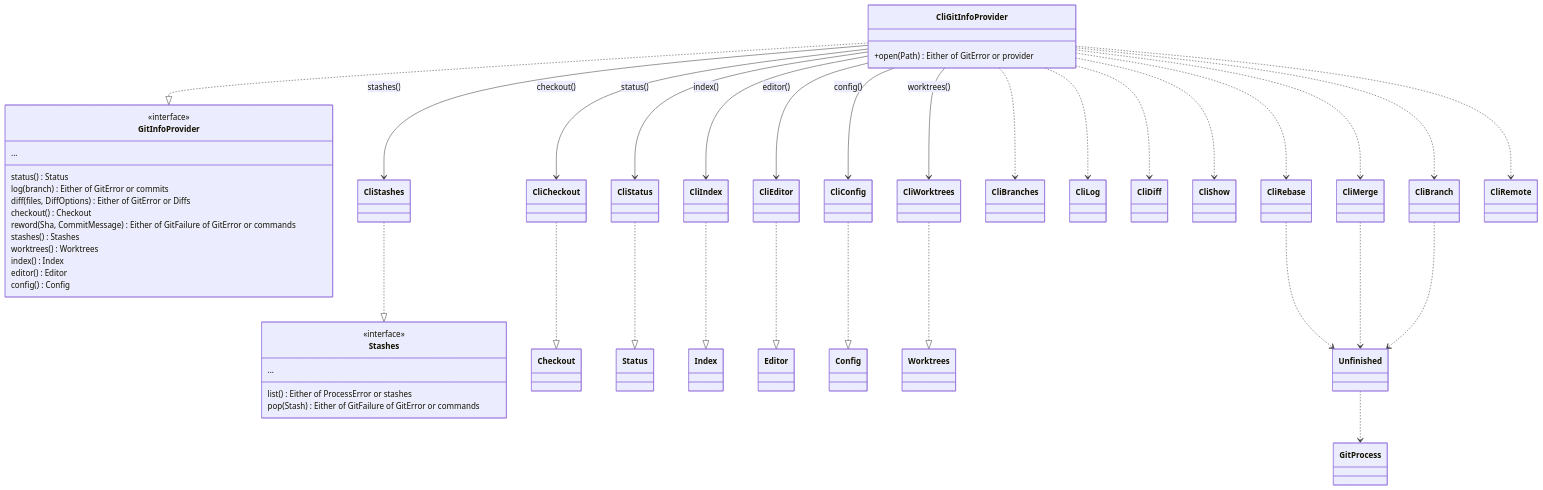
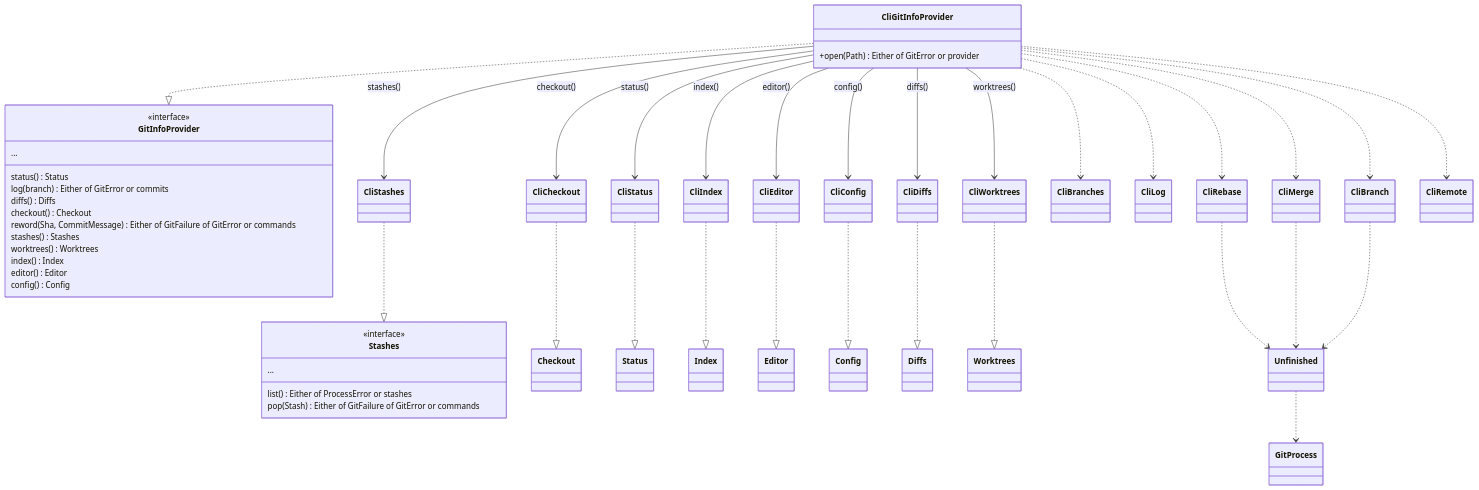
The fourth of 7 diagrams in ARCHITECTURE.md (cvanfleteren/jazygit), drawn with Mermaid before and after one commit. The commit also changed other lines of this file and 20 other files, not shown here.

First line of the commit message:
The diffs are a role of their own: Diffs, CliDiffs, StubDiffs (#294, 1a, 7/13)

````diff
--- a/ARCHITECTURE.md
+++ b/ARCHITECTURE.md
@@ -832,53 +832,53 @@
 ```mermaid
 classDiagram
     class GitInfoProvider {
         <<interface>>
         status() Status
         log(branch) Either of GitError or commits
-        diff(files, DiffOptions) Either of GitError or Diffs
+        diffs() Diffs
         checkout() Checkout
         reword(Sha, CommitMessage) Either of GitFailure of GitError or commands
         stashes() Stashes
         worktrees() Worktrees
         index() Index
         editor() Editor
         config() Config
         ...
     }
     class CliGitInfoProvider {
         +open(Path) Either of GitError or provider
     }
     class Stashes {
         <<interface>>
         list() Either of ProcessError or stashes
         pop(Stash) Either of GitFailure of GitError or commands
         ...
     }
     CliGitInfoProvider ..|> GitInfoProvider
     CliStashes ..|> Stashes
     CliCheckout ..|> Checkout
     CliStatus ..|> Status
     CliIndex ..|> Index
     CliEditor ..|> Editor
     CliConfig ..|> Config
+    CliDiffs ..|> Diffs
     CliGitInfoProvider --> CliEditor : editor()
     CliGitInfoProvider --> CliConfig : config()
     CliWorktrees ..|> Worktrees
     CliGitInfoProvider --> CliWorktrees : worktrees()
     CliGitInfoProvider --> CliStatus : status()
     CliGitInfoProvider ..> CliBranches
     CliGitInfoProvider ..> CliLog
-    CliGitInfoProvider ..> CliDiff
-    CliGitInfoProvider ..> CliShow
+    CliGitInfoProvider --> CliDiffs : diffs()
     CliGitInfoProvider --> CliCheckout : checkout()
     CliGitInfoProvider ..> CliBranch
     CliGitInfoProvider --> CliIndex : index()
     CliGitInfoProvider ..> CliMerge
     CliGitInfoProvider ..> CliRebase
     CliGitInfoProvider --> CliStashes : stashes()
     CliGitInfoProvider ..> CliRemote
     CliRebase ..> Unfinished
     CliMerge ..> Unfinished
     CliBranch ..> Unfinished
     Unfinished ..> GitProcess
 ```
````
